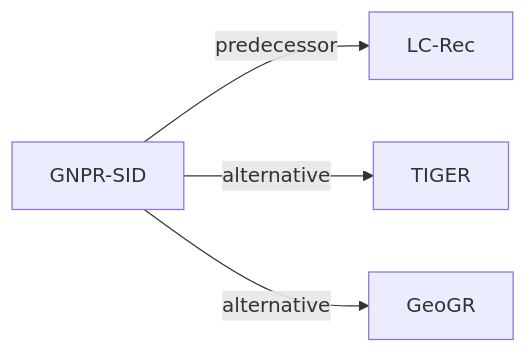
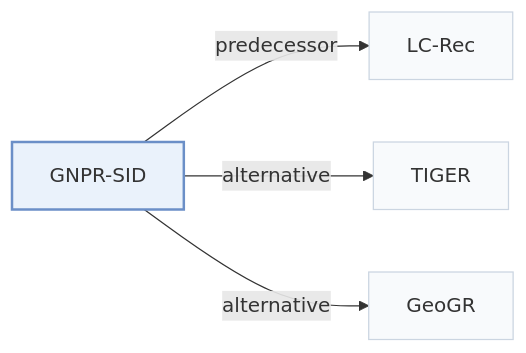
Before and after one commit to Galaxy-ghost/Awesome-SID-Generative-Rec: the third of 3 diagrams in pages/papers/gnpr-sid.md, drawn with Mermaid. The commit also changed other lines of this file and 649 other files, not shown here.

Commit message:
writer-05: also tags and modality index (schema, check, build, visuals); summary field removed; calibration data for 12 papers

````diff
--- a/pages/papers/gnpr-sid.md
+++ b/pages/papers/gnpr-sid.md
@@ -125,7 +139,11 @@
 ```mermaid
 flowchart LR
     P["GNPR-SID"]
-    P -->|predecessor| A["LC-Rec"]
-    P -->|alternative| B["TIGER"]
-    P -->|alternative| C["GeoGR"]
+    P -->|"predecessor"| A["LC-Rec"]
+    P -->|"alternative"| B["TIGER"]
+    P -->|"alternative"| C["GeoGR"]
+    classDef main fill:#eaf2fb,stroke:#6b8fc7,stroke-width:2px
+    classDef peer fill:#f8fafc,stroke:#cbd5e1
+    class P main
+    class A,B,C peer
 ```
````
